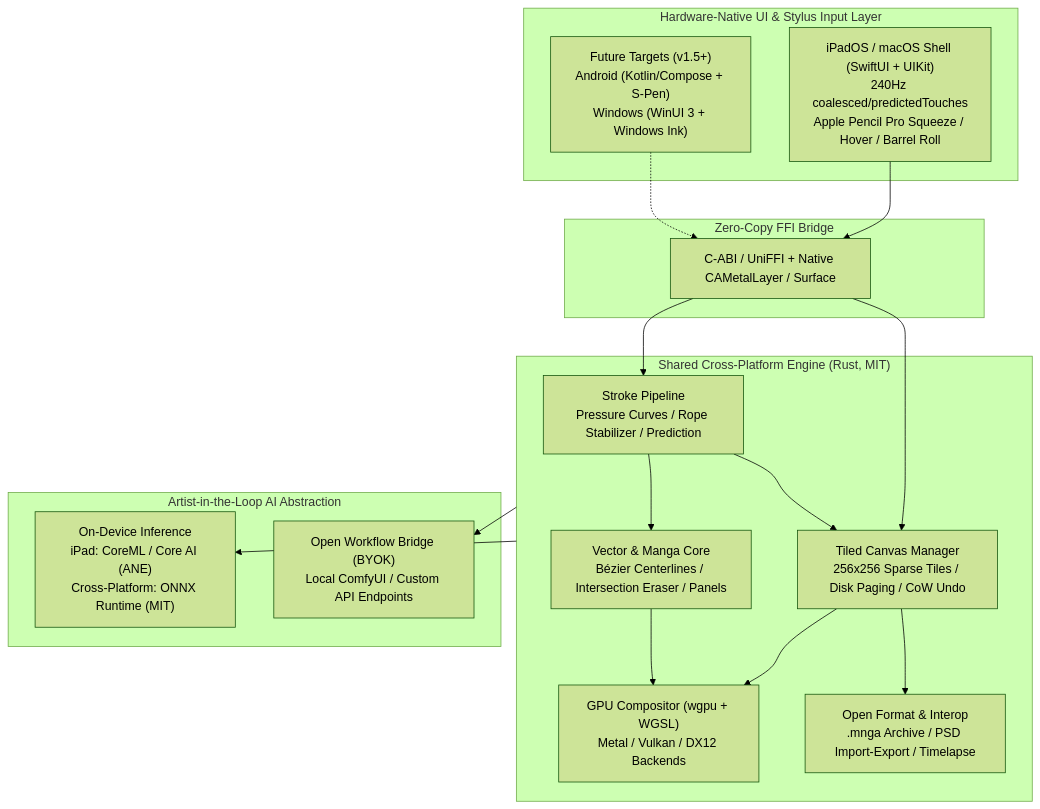
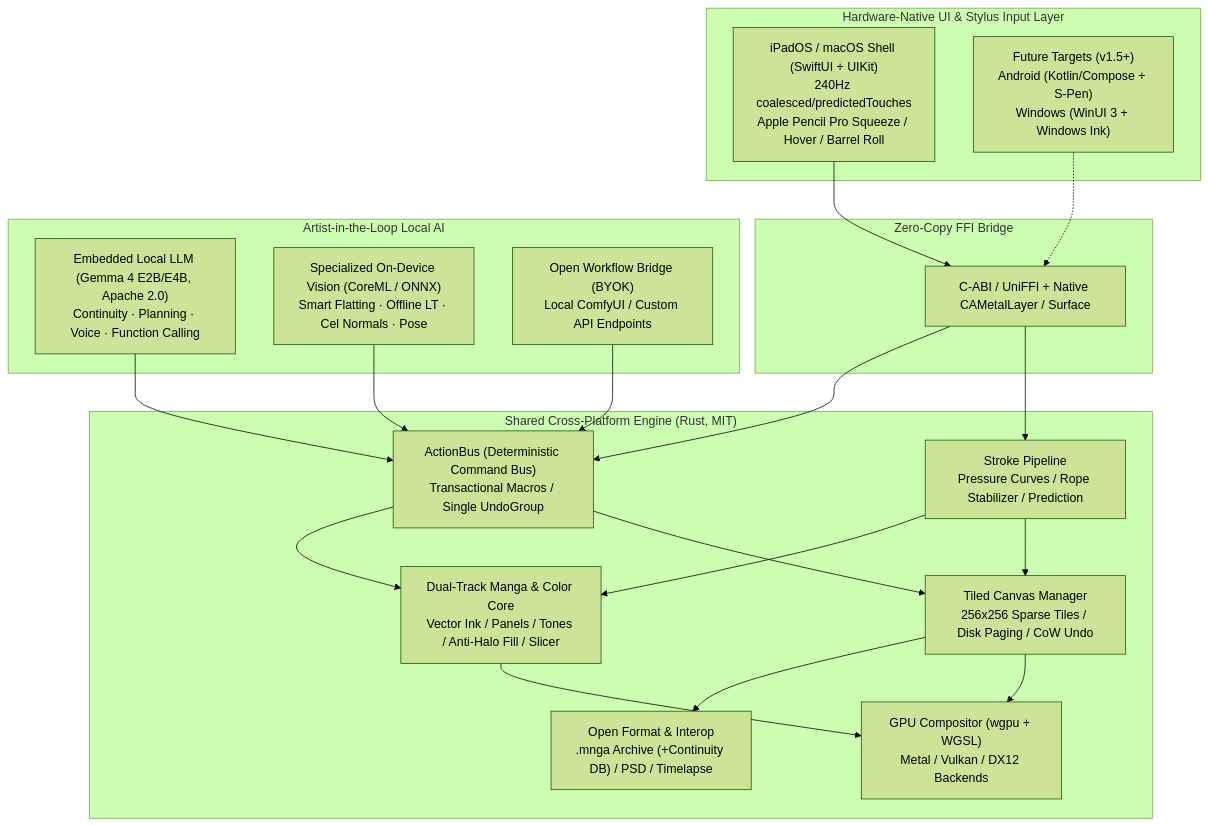
The diagram in README.md (70sDushuren/About-Paint-Tools), drawn with Mermaid (forest theme) before and after one commit. The commit also changed other lines of this file and 15 other files, not shown here.

First line of the commit message:
docs: add dual-track priority, embedded Gemma 4 local AI spec, and WBS task breakdown

````diff
--- a/README.md
+++ b/README.md
@@ -33,36 +33,41 @@
 ```mermaid
 flowchart TD
     subgraph UI["Hardware-Native UI & Stylus Input Layer"]
         iPad["iPadOS / macOS Shell (SwiftUI + UIKit)<br/>240Hz coalesced/predictedTouches<br/>Apple Pencil Pro Squeeze / Hover / Barrel Roll"]
         Future["Future Targets (v1.5+)<br/>Android (Kotlin/Compose + S-Pen)<br/>Windows (WinUI 3 + Windows Ink)"]
     end
 
     subgraph Bridge["Zero-Copy FFI Bridge"]
         FFI["C-ABI / UniFFI + Native CAMetalLayer / Surface"]
     end
 
     subgraph Core["Shared Cross-Platform Engine (Rust, MIT)"]
+        Bus["ActionBus (Deterministic Command Bus)<br/>Transactional Macros / Single UndoGroup"]
         Input["Stroke Pipeline<br/>Pressure Curves / Rope Stabilizer / Prediction"]
         Canvas["Tiled Canvas Manager<br/>256x256 Sparse Tiles / Disk Paging / CoW Undo"]
-        Vector["Vector & Manga Core<br/>Bézier Centerlines / Intersection Eraser / Panels"]
+        Vector["Dual-Track Manga & Color Core<br/>Vector Ink / Panels / Tones / Anti-Halo Fill / Slicer"]
         Render["GPU Compositor (wgpu + WGSL)<br/>Metal / Vulkan / DX12 Backends"]
-        IO["Open Format & Interop<br/>.mnga Archive / PSD Import-Export / Timelapse"]
+        IO["Open Format & Interop<br/>.mnga Archive (+Continuity DB) / PSD / Timelapse"]
     end
 
-    subgraph AI["Artist-in-the-Loop AI Abstraction"]
-        LocalAI["On-Device Inference<br/>iPad: CoreML / Core AI (ANE)<br/>Cross-Platform: ONNX Runtime (MIT)"]
+    subgraph AI["Artist-in-the-Loop Local AI"]
+        Gemma["Embedded Local LLM (Gemma 4 E2B/E4B, Apache 2.0)<br/>Continuity · Planning · Voice · Function Calling"]
+        Vision["Specialized On-Device Vision (CoreML / ONNX)<br/>Smart Flatting · Offline LT · Cel Normals · Pose"]
         BridgeAI["Open Workflow Bridge (BYOK)<br/>Local ComfyUI / Custom API Endpoints"]
     end
 
     iPad --> FFI
     Future -.-> FFI
     FFI --> Input
-    FFI --> Canvas
+    FFI --> Bus
+    Gemma --> Bus
+    Vision --> Bus
+    BridgeAI --> Bus
+    Bus --> Canvas
+    Bus --> Vector
     Input --> Canvas
     Input --> Vector
     Canvas --> Render
     Vector --> Render
     Canvas --> IO
-    Core --> LocalAI
-    Core --> BridgeAI
 ```
````
